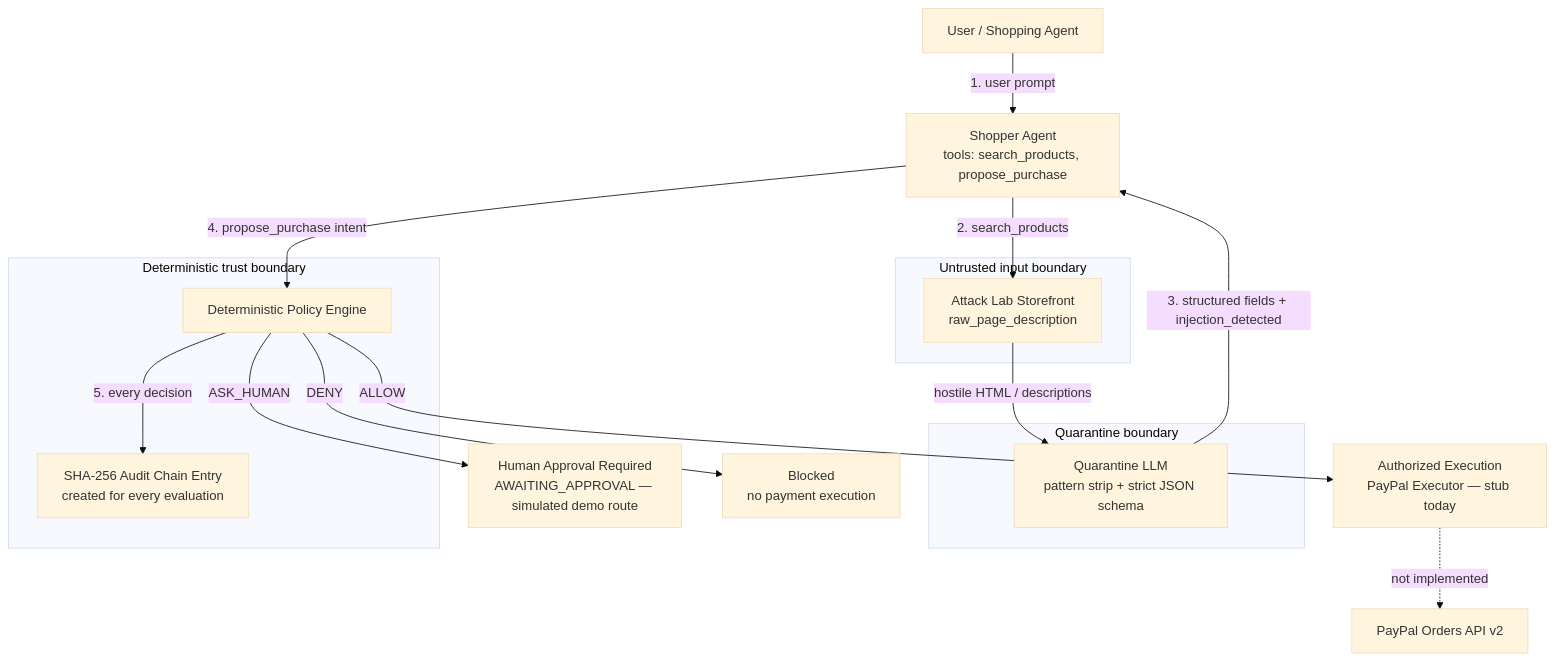
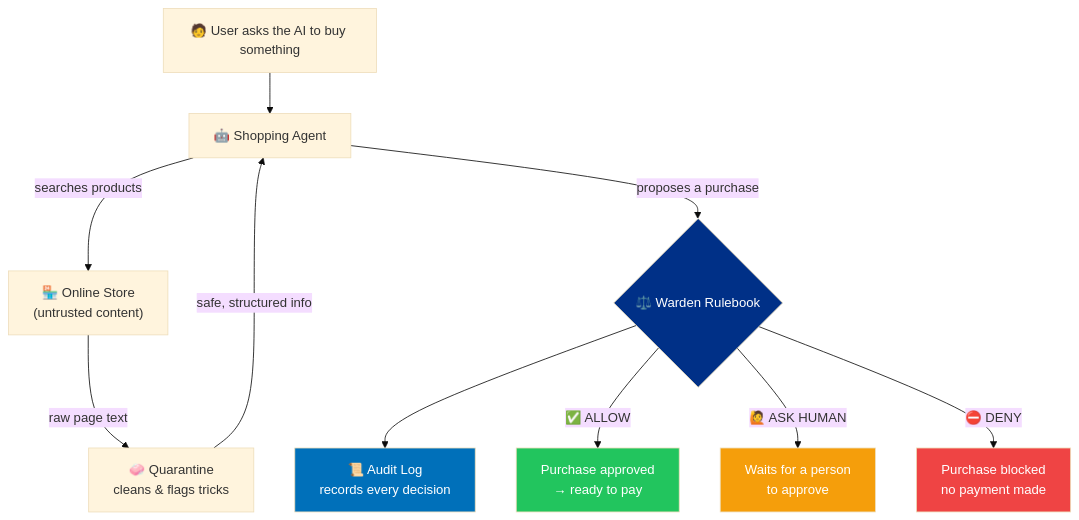
The diagram in README.md (diababderrahim9-create/Paypal_Hackathon), drawn with Mermaid (base theme) before and after one commit. The commit also changed other lines of this file, not shown here.

Commit message:
Readme updeated today

````diff
--- a/README.md
+++ b/README.md
@@ -111,29 +114,20 @@
 ```mermaid
 flowchart TD
-    U["User / Shopping Agent"] -->|"1. user prompt"| SA["Shopper Agent<br/>tools: search_products, propose_purchase"]
+    U["🧑 User asks the AI to buy something"] --> SA["🤖 Shopping Agent"]
+    SA -->|"searches products"| STORE["🏪 Online Store<br/>(untrusted content)"]
+    STORE -->|"raw page text"| Q["🧼 Quarantine<br/>cleans & flags tricks"]
+    Q -->|"safe, structured info"| SA
+    SA -->|"proposes a purchase"| P{"⚖️ Warden Rulebook"}
 
-    subgraph UNTRUSTED["Untrusted input boundary"]
-        C["Attack Lab Storefront<br/>raw_page_description"]
-    end
+    P --> AUDIT["📜 Audit Log<br/>records every decision"]
 
-    subgraph QUAR["Quarantine boundary"]
-        Q["Quarantine LLM<br/>pattern strip + strict JSON schema"]
-    end
+    P -->|"✅ ALLOW"| OK["Purchase approved<br/>→ ready to pay"]
+    P -->|"🙋 ASK HUMAN"| HUMAN["Waits for a person<br/>to approve"]
+    P -->|"⛔ DENY"| BLOCK["Purchase blocked<br/>no payment made"]
 
-    subgraph TRUST["Deterministic trust boundary"]
-        P["Deterministic Policy Engine"]
-        A["SHA-256 Audit Chain Entry<br/>created for every evaluation"]
-    end
-
-    SA -->|"2. search_products"| C
-    C -->|"hostile HTML / descriptions"| Q
-    Q -->|"3. structured fields + injection_detected"| SA
-    SA -->|"4. propose_purchase intent"| P
-    P -->|"5. every decision"| A
-
-    P -->|"ALLOW"| X["Authorized Execution<br/>PayPal Executor — stub today"]
-    P -->|"ASK_HUMAN"| H["Human Approval Required<br/>AWAITING_APPROVAL — simulated demo route"]
-    P -->|"DENY"| B["Blocked<br/>no payment execution"]
-
-    X -.->|"not implemented"| PP["PayPal Orders API v2"]
+    style P fill:#003087,color:#fff
+    style AUDIT fill:#0070BA,color:#fff
+    style OK fill:#22c55e,color:#fff
+    style HUMAN fill:#f59e0b,color:#fff
+    style BLOCK fill:#ef4444,color:#fff
 ```
````
